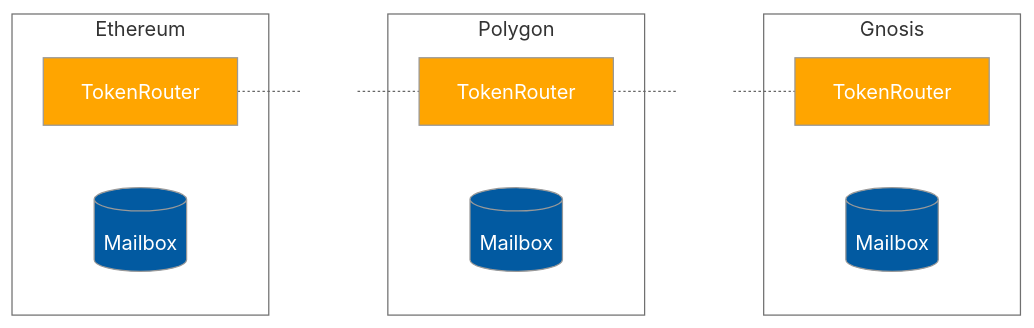
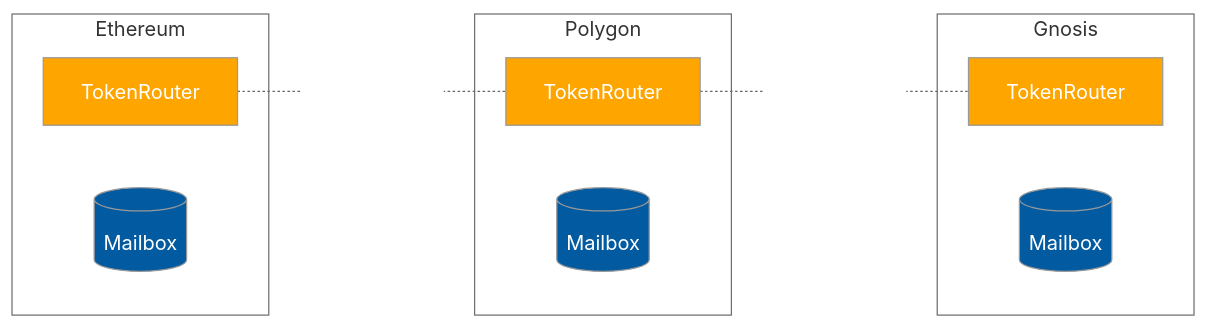
Before and after one commit to aeternity/hyperlane-monorepo: the first of 4 diagrams in solidity/contracts/token/README.md, drawn with Mermaid. The commit also changed other lines of this file, not shown here.

Commit message:
chore: Update Solidity README.md (#3545)
Pls, review I got that right.

### Description

Corrects a **semantic** typo.

### Drive-by changes

relative paths to the libs are corrected

### Related issues

none

### Backward compatibility

Yes

### Testing

None

````diff
--- a/solidity/contracts/token/README.md
+++ b/solidity/contracts/token/README.md
@@ -11,34 +11,34 @@
 ```mermaid
 %%{ init: {
   "theme": "neutral",
   "themeVariables": {
     "mainBkg": "#025AA1",
     "textColor": "white",
     "clusterBkg": "white"
   },
   "themeCSS": ".edgeLabel { color: black }"
 }}%%
 
 graph LR
     subgraph "Ethereum"
         HYP_E[TokenRouter]
         style HYP_E fill:orange
         Mailbox_E[(Mailbox)]
     end
 
     subgraph "Polygon"
         HYP_P[TokenRouter]
         style HYP_P fill:orange
         Mailbox_P[(Mailbox)]
     end
 
 
     subgraph "Gnosis"
         HYP_G[TokenRouter]
         style HYP_G fill:orange
         Mailbox_G[(Mailbox)]
     end
 
-    HYP_E -. "router" .- HYP_P -. "router" .- HYP_G
+    HYP_E -. "TokenMessage" .- HYP_P -. "TokenMessage" .- HYP_G
 
 ```
````
